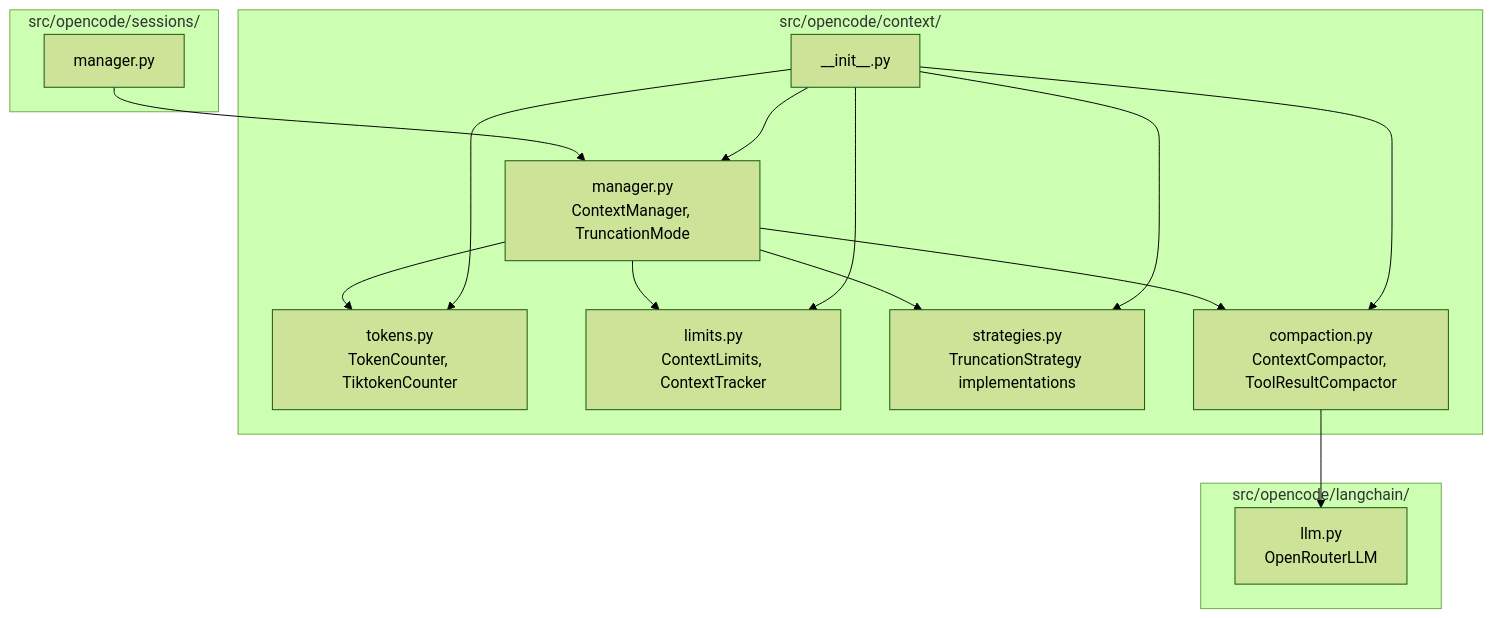
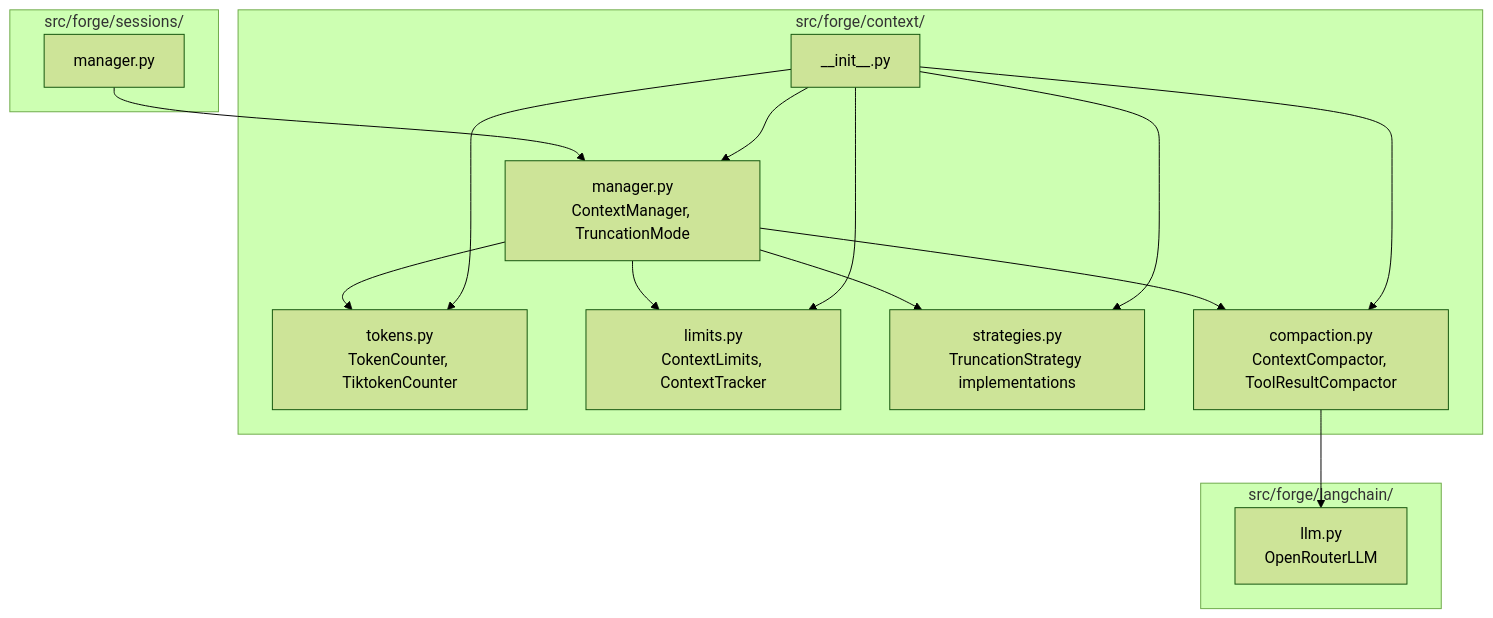
Before and after one commit to corey-rosamond/Code-Forge: the sixth of 15 diagrams in .ai/phase/5.2/UML.md, drawn with Mermaid (forest theme). The commit also changed 505 other files, not shown here.

````diff
--- a/.ai/phase/5.2/UML.md
+++ b/.ai/phase/5.2/UML.md
@@ -246,33 +246,33 @@
 ```mermaid
 flowchart TB
-    subgraph ContextPkg["src/opencode/context/"]
+    subgraph ContextPkg["src/forge/context/"]
         INIT["__init__.py"]
         TOKENS["tokens.py<br/>TokenCounter, TiktokenCounter"]
         LIMITS["limits.py<br/>ContextLimits, ContextTracker"]
         STRATEGIES["strategies.py<br/>TruncationStrategy implementations"]
         COMPACTION["compaction.py<br/>ContextCompactor, ToolResultCompactor"]
         MANAGER["manager.py<br/>ContextManager, TruncationMode"]
     end
 
-    subgraph SessionsPkg["src/opencode/sessions/"]
+    subgraph SessionsPkg["src/forge/sessions/"]
         SESSION_MGR["manager.py"]
     end
 
-    subgraph LangChainPkg["src/opencode/langchain/"]
+    subgraph LangChainPkg["src/forge/langchain/"]
         LLM["llm.py<br/>OpenRouterLLM"]
     end
 
     MANAGER --> TOKENS
     MANAGER --> LIMITS
     MANAGER --> STRATEGIES
     MANAGER --> COMPACTION
 
     SESSION_MGR --> MANAGER
     COMPACTION --> LLM
 
     INIT --> TOKENS
     INIT --> LIMITS
     INIT --> STRATEGIES
     INIT --> COMPACTION
     INIT --> MANAGER
 ```
````
